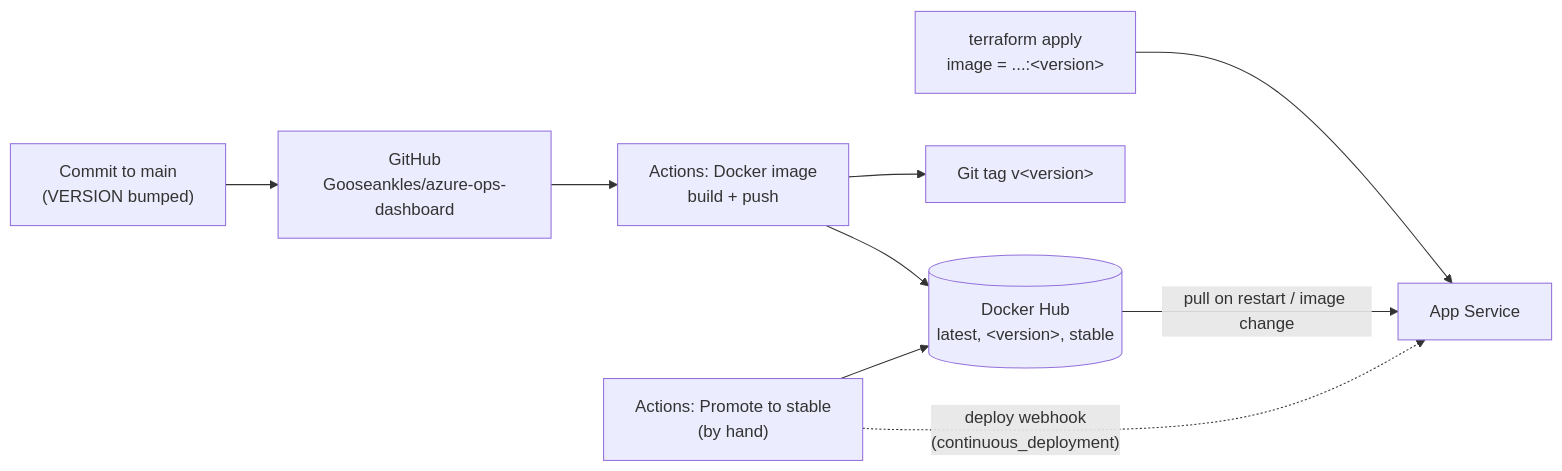
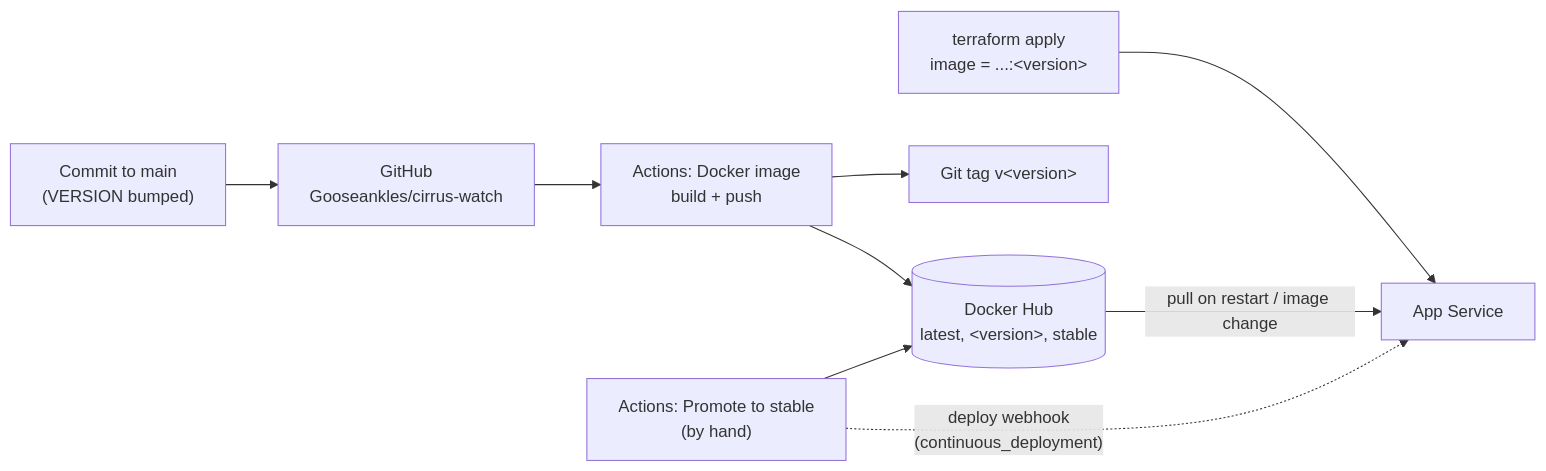
The diagram in docs/diagrams/arch-build-release.mmd (Gooseankles/cirrus-watch), drawn with Mermaid before and after one commit. The commit also changed 50 other files, not shown here.

Commit message:
Architecture pictures with the official Azure icons, from Python diagrams (0.58.1.0)

```diff
--- a/docs/diagrams/arch-build-release.mmd
+++ b/docs/diagrams/arch-build-release.mmd
@@ -1,9 +1,9 @@
 flowchart LR
-  dev["Commit to main<br/>(VERSION bumped)"] --> gh["GitHub<br/>Gooseankles/azure-ops-dashboard"]
+  dev["Commit to main<br/>(VERSION bumped)"] --> gh["GitHub<br/>Gooseankles/cirrus-watch"]
   gh --> ci["Actions: Docker image<br/>build + push"]
   ci --> hub[("Docker Hub<br/>latest, &lt;version&gt;, stable")]
   ci --> tag["Git tag v&lt;version&gt;"]
   promote["Actions: Promote to stable<br/>(by hand)"] --> hub
   tfrun["terraform apply<br/>image = ...:&lt;version&gt;"] --> web["App Service"]
   hub -- "pull on restart / image change" --> web
   promote -. "deploy webhook<br/>(continuous_deployment)" .-> web
```
